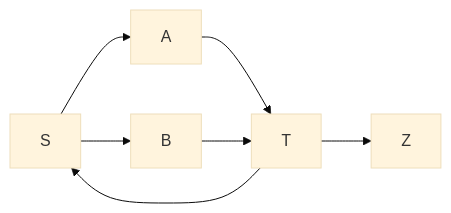
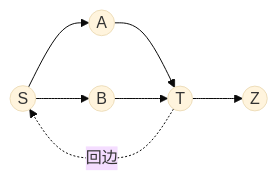
Before and after one commit to Negronii/MyNotes: the diagram in engineering-foundations/computation/graph-search-and-backtracking.md, drawn with Mermaid (base theme). The commit also changed 220 other files, not shown here.

First line of the commit message:
Replace prose-heavy explanations with figures and fix existing diagrams

```diff
--- a/engineering-foundations/computation/graph-search-and-backtracking.md
+++ b/engineering-foundations/computation/graph-search-and-backtracking.md
@@ -9,9 +9,9 @@
 ~~~mermaid
 flowchart LR
-    S --> A
-    S --> B
-    A --> T
+    S((S)) --> A((A))
+    S --> B((B))
+    A --> T((T))
     B --> T
-    T --> S
-    T --> Z
+    T -.->|回边| S
+    T --> Z((Z))
 ~~~
```
